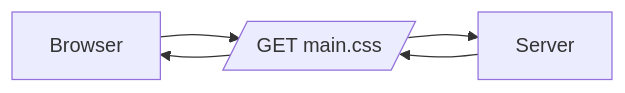
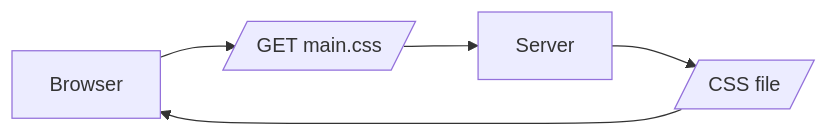
Before and after one commit to VishalProgammer/full-stack-open-Course-2024: the second of 4 diagrams in Part 0/New note diagram.md, drawn with Mermaid. The commit also changed other lines of this file, not shown here.

Commit message:
Update New note diagram.md

````diff
--- a/Part 0/New note diagram.md
+++ b/Part 0/New note diagram.md
@@ -15,10 +15,11 @@
 ```mermaid
 
 flowchart LR
   id1[Browser]
   cmd1[/GET main.css/]
+  cmd2[/CSS file/]
   id2[Server]
   id1-->cmd1-->id2
-  id2-->cmd1-->id1
+  id2-->cmd2-->id1
 
 ```
````
